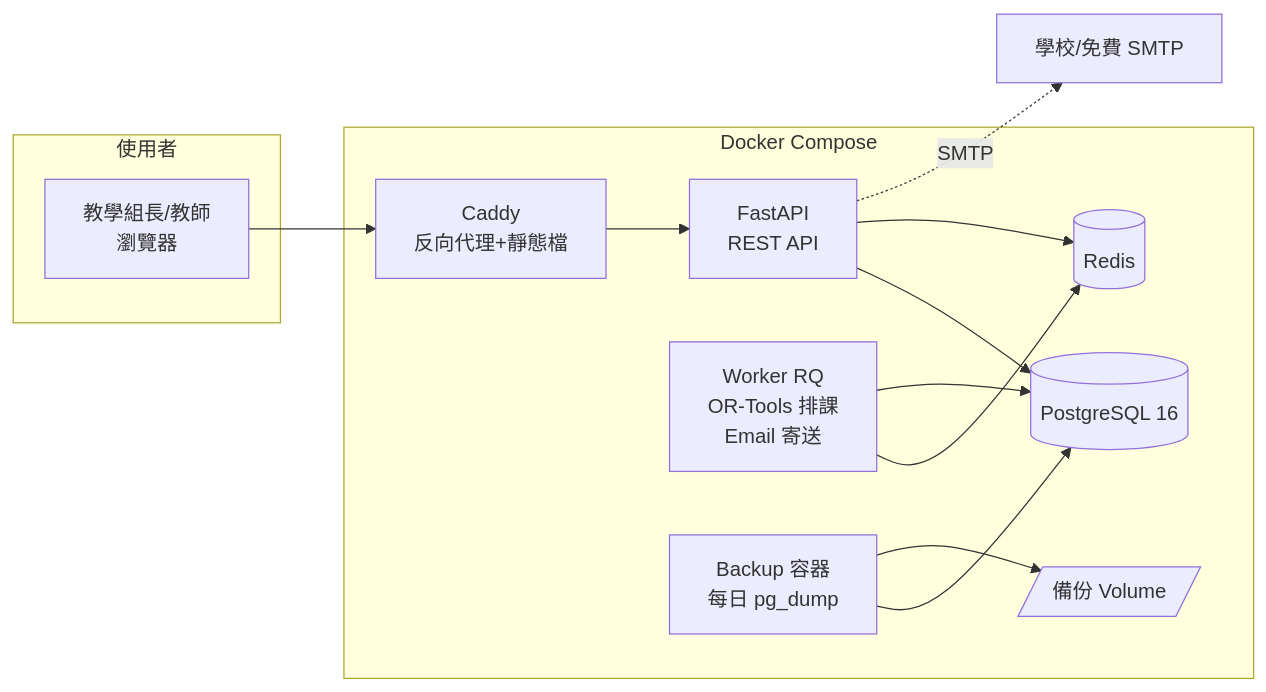
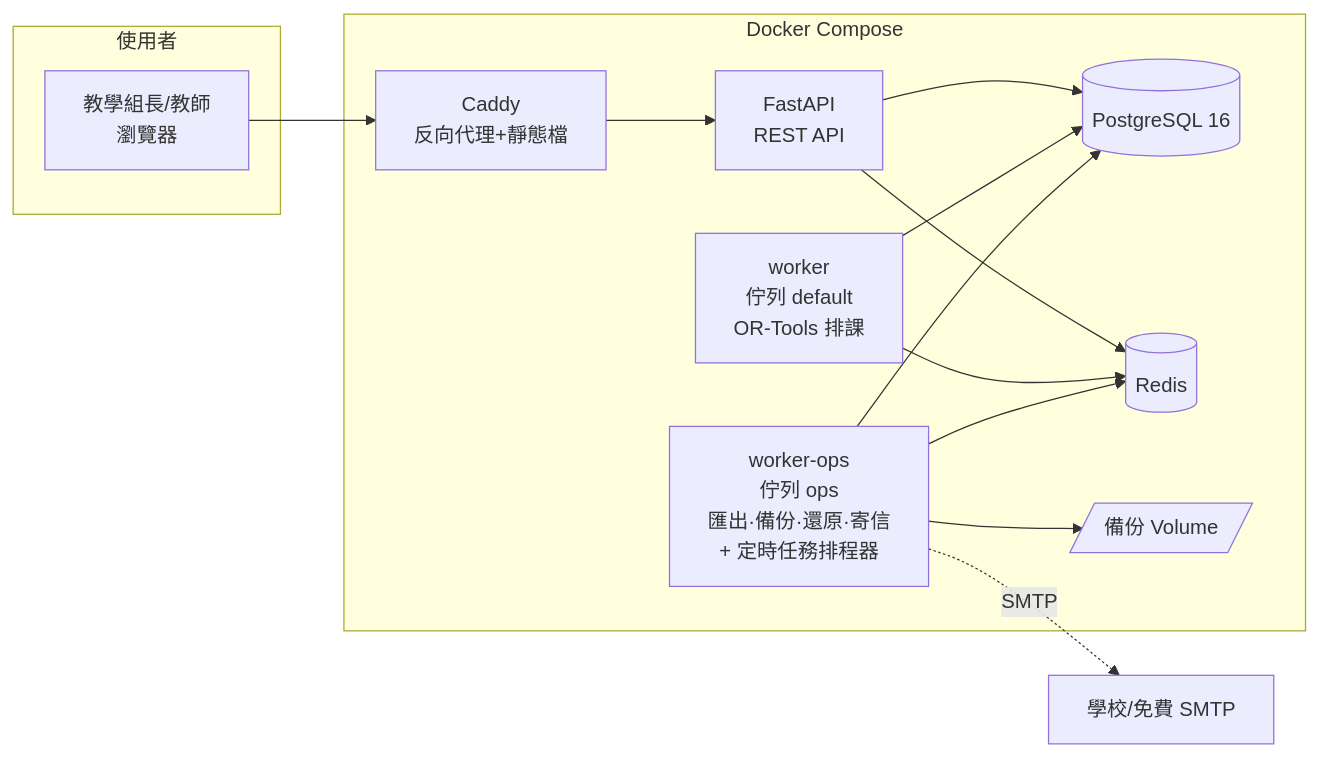
Before and after one commit to begin0808/Course_Scheduling_System: the third of 4 diagrams in docs/architecture.md, drawn with Mermaid. The commit also changed other lines of this file and 16 other files, not shown here.

First line of the commit message:
feat: 背景任務拆 default/ops 兩條佇列,排課不再堵住匯出與備份(M6-2)

````diff
--- a/docs/architecture.md
+++ b/docs/architecture.md
@@ -367,17 +367,18 @@
 ```mermaid
 flowchart LR
     subgraph 使用者
         U1[教學組長/教師<br/>瀏覽器]
     end
     subgraph Docker Compose
         C[Caddy<br/>反向代理+靜態檔] --> API[FastAPI<br/>REST API]
         API --> PG[(PostgreSQL 16)]
         API --> RD[(Redis)]
-        W[Worker RQ<br/>OR-Tools 排課<br/>Email 寄送] --> RD
+        W[worker<br/>佇列 default<br/>OR-Tools 排課] --> RD
         W --> PG
-        BK[Backup 容器<br/>每日 pg_dump] --> PG
-        BK --> V[/備份 Volume/]
+        WO[worker-ops<br/>佇列 ops<br/>匯出·備份·還原·寄信<br/>+ 定時任務排程器] --> RD
+        WO --> PG
+        WO --> V[/備份 Volume/]
     end
     U1 --> C
-    API -.SMTP.-> M[學校/免費 SMTP]
+    WO -.SMTP.-> M[學校/免費 SMTP]
 ```
````
